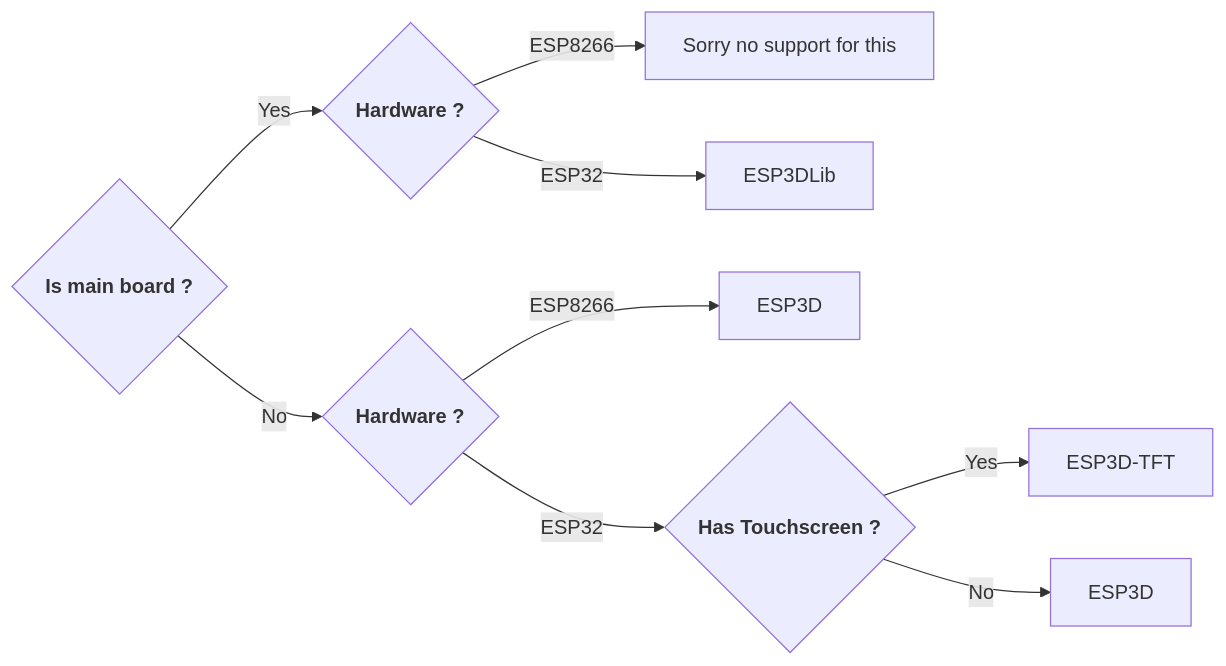
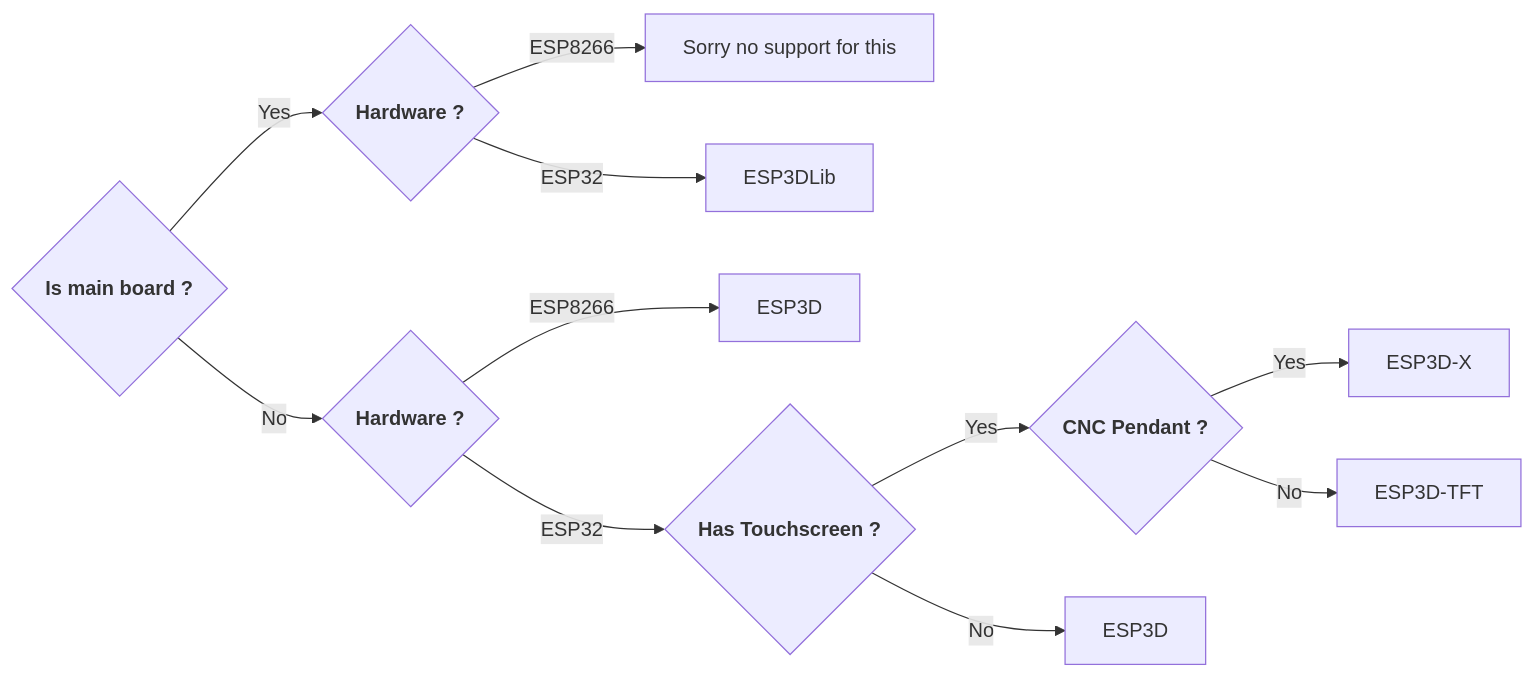
One commit to luc-github/esp3d.io changed the third of 3 diagrams in esp3d-starlight/src/content/docs/index.mdx. Above: the diagram before and after it, drawn with Mermaid. The commit also changed other lines of this file and 490 other files, not shown here.

````diff
--- a/esp3d-starlight/src/content/docs/index.mdx
+++ b/esp3d-starlight/src/content/docs/index.mdx
@@ -48,11 +48,13 @@
 ```mermaid
 graph LR
   A{<strong>Is main board ?</strong>} -->|Yes| B{<strong>Hardware ?</strong>}
   B -->|ESP8266| C[Sorry no support for this]
   B -->|ESP32| D[ESP3DLib]
   A -->|No| E{<strong>Hardware ?</strong>}
   E -->|ESP8266| F[ESP3D]
   E -->|ESP32| G{<strong>Has Touchscreen ?</strong>}
-  G -->|Yes| H[ESP3D-TFT]
+  G -->|Yes| H{<strong>CNC Pendant ?</strong>}
+  H -->|Yes| J[ESP3D-X]
+  H -->|No| K[ESP3D-TFT]
   G -->|No| I[ESP3D]
 ```
````
